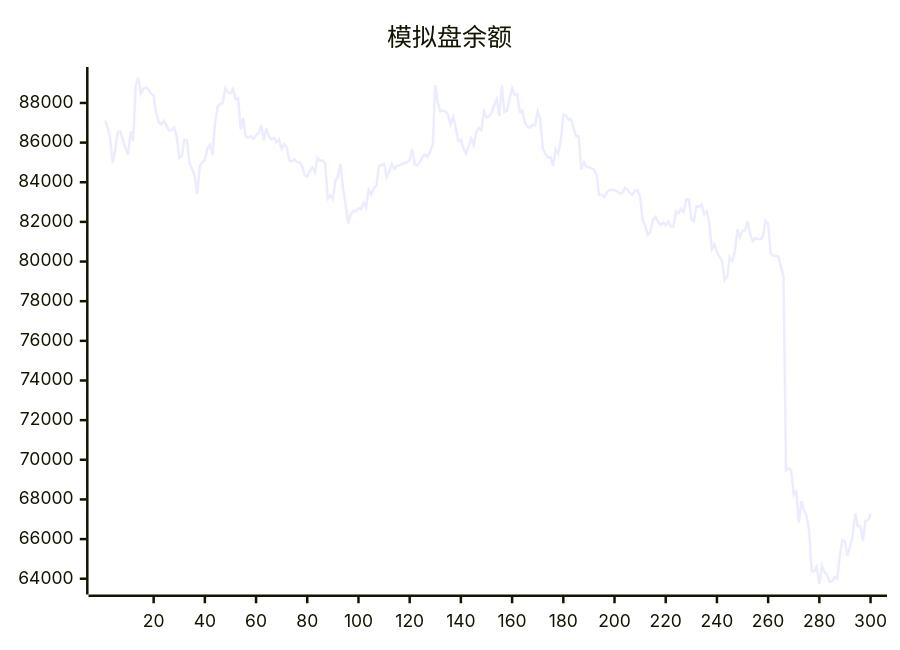
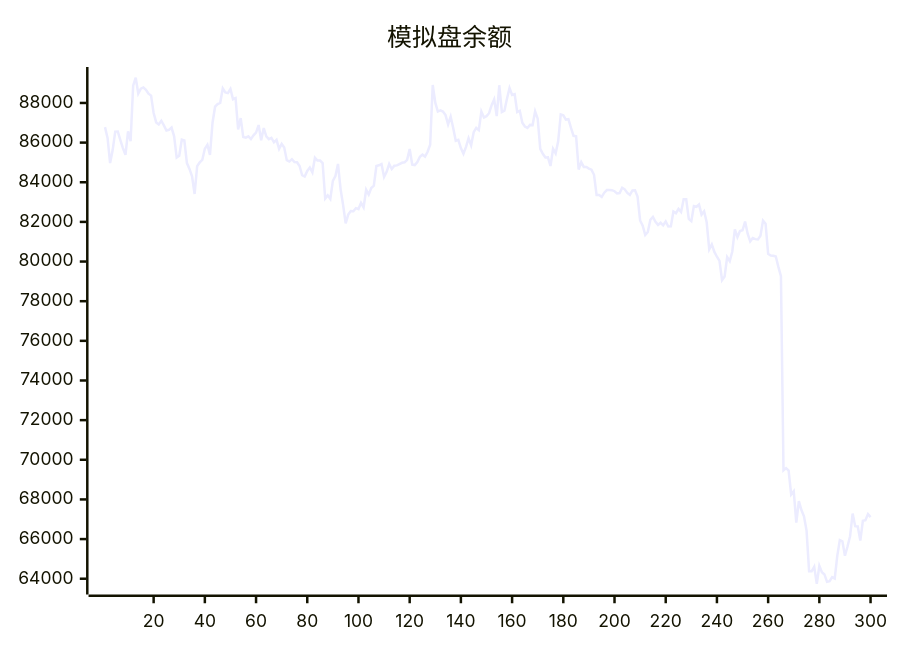
Before and after one commit to aahl/ai-trading: the diagram in README.md, drawn with Mermaid. The commit also changed other lines of this file and 1 other file, not shown here.

````diff
--- a/README.md
+++ b/README.md
@@ -5,5 +5,5 @@
 ```mermaid
 xychart
     title "模拟盘余额"
-    line [87118,86780,86238,84966,85623,86555,86562,86129,85722,85387,86569,86070,88870,89278,88477,88720,88781,88668,88467,88372,87493,87018,86917,87102,86870,86613,86644,86758,86317,85242,85334,86149,86106,84968,84671,84302,83410,84816,85001,85127,85693,85891,85384,87001,87811,87945,88007,88734,88528,88495,88705,88189,88248,86662,87234,86279,86251,86314,86177,86364,86503,86886,86114,86731,86310,86176,86240,86017,86136,85685,85938,85749,85111,85044,85164,85016,85008,84824,84354,84287,84572,84745,84500,85234,85096,85095,84970,83180,83338,83157,84070,84309,84922,83667,82850,81924,82369,82552,82539,82695,82648,82962,82728,83619,83378,83710,83825,84819,84854,84917,84265,84527,84919,84668,84834,84850,84916,84981,85004,85131,85674,84891,84864,85019,85284,85393,85294,85538,85894,88904,88012,87567,87625,87568,87386,86920,87313,86737,86094,86143,85725,85437,85787,86219,85859,86526,86740,86630,87563,87264,87335,87483,87886,88180,87335,88894,87544,87608,88207,88755,88401,88444,87543,87608,87000,86810,86740,86894,86884,87576,87209,85686,85435,85251,85255,84820,85689,85453,86066,87420,87373,87161,87178,86740,86341,86315,84643,85012,84772,84768,84690,84635,84376,83360,83357,83259,83474,83608,83606,83602,83548,83440,83454,83724,83644,83464,83365,83590,83592,83275,82072,81806,81344,81492,82109,82254,82006,81848,81955,81829,82022,81769,81776,82522,82441,82656,82498,83144,83144,82150,82038,82797,82763,82872,82367,82536,81981,80612,80862,80484,80242,80034,79063,79245,80226,80016,80507,81625,81233,81544,81578,82016,81401,81019,81186,81130,81118,81306,82066,81909,80392,80304,80291,80258,79729,79261,69466,69579,69456,68251,68415,66832,67911,67462,67144,66432,64380,64375,64606,63740,64647,64324,64216,63842,63877,64078,64008,65156,65945,65888,65157,65625,66144,67284,66653,66639,65924,66925,66956,67263]
+    line [86780,86238,84966,85623,86555,86562,86129,85722,85387,86569,86070,88870,89278,88477,88720,88781,88668,88467,88372,87493,87018,86917,87102,86870,86613,86644,86758,86317,85242,85334,86149,86106,84968,84671,84302,83410,84816,85001,85127,85693,85891,85384,87001,87811,87945,88007,88734,88528,88495,88705,88189,88248,86662,87234,86279,86251,86314,86177,86364,86503,86886,86114,86731,86310,86176,86240,86017,86136,85685,85938,85749,85111,85044,85164,85016,85008,84824,84354,84287,84572,84745,84500,85234,85096,85095,84970,83180,83338,83157,84070,84309,84922,83667,82850,81924,82369,82552,82539,82695,82648,82962,82728,83619,83378,83710,83825,84819,84854,84917,84265,84527,84919,84668,84834,84850,84916,84981,85004,85131,85674,84891,84864,85019,85284,85393,85294,85538,85894,88904,88012,87567,87625,87568,87386,86920,87313,86737,86094,86143,85725,85437,85787,86219,85859,86526,86740,86630,87563,87264,87335,87483,87886,88180,87335,88894,87544,87608,88207,88755,88401,88444,87543,87608,87000,86810,86740,86894,86884,87576,87209,85686,85435,85251,85255,84820,85689,85453,86066,87420,87373,87161,87178,86740,86341,86315,84643,85012,84772,84768,84690,84635,84376,83360,83357,83259,83474,83608,83606,83602,83548,83440,83454,83724,83644,83464,83365,83590,83592,83275,82072,81806,81344,81492,82109,82254,82006,81848,81955,81829,82022,81769,81776,82522,82441,82656,82498,83144,83144,82150,82038,82797,82763,82872,82367,82536,81981,80612,80862,80484,80242,80034,79063,79245,80226,80016,80507,81625,81233,81544,81578,82016,81401,81019,81186,81130,81118,81306,82066,81909,80392,80304,80291,80258,79729,79261,69466,69579,69456,68251,68415,66832,67911,67462,67144,66432,64380,64375,64606,63740,64647,64324,64216,63842,63877,64078,64008,65156,65945,65888,65157,65625,66144,67284,66653,66639,65924,66925,66956,67263,67108]
 ```
````
